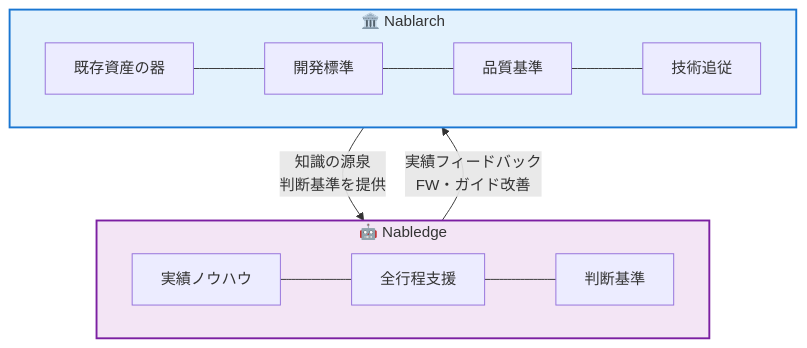
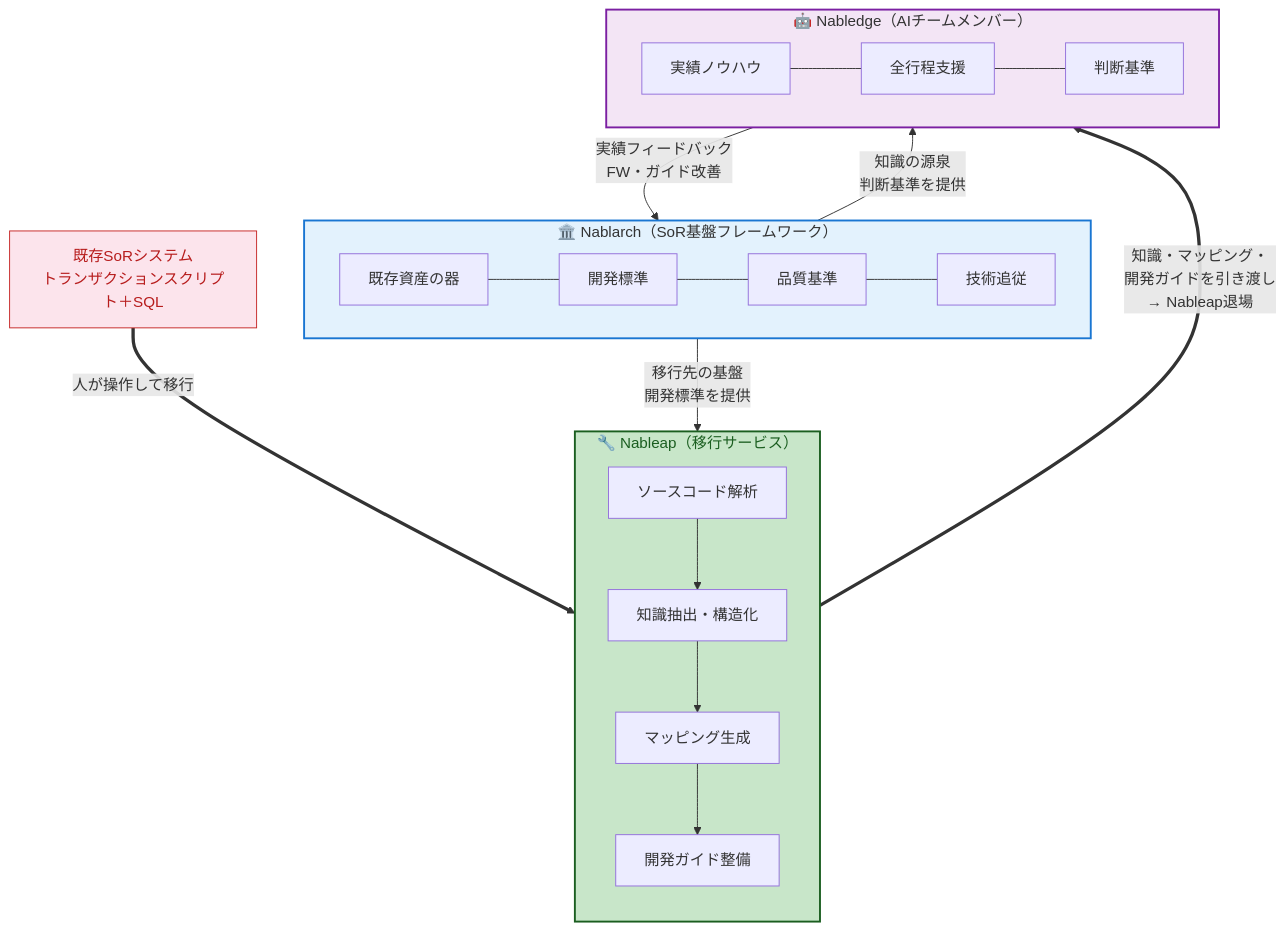
Before and after one commit to nablarch/nabledge-dev: the second of 2 diagrams in doc/grand-design/grand-design.md, drawn with Mermaid. The commit also changed other lines of this file, not shown here.

First line of the commit message:
Update Grand Design to v21 with Nableap + Nabledge

````diff
--- a/doc/grand-design/grand-design.md
+++ b/doc/grand-design/grand-design.md
@@ -96,16 +100,34 @@
 ```mermaid
 graph TB
-    subgraph Nabledge["🤖 Nabledge"]
-        D1["実績ノウハウ"] --- D2["全行程支援"] --- D3["判断基準"]
-    end
+  %% ===== 3プロダクト =====
+  subgraph Nablarch["🏛️ Nablarch（SoR基盤フレームワーク）"]
+    N1["既存資産の器"] --- N2["開発標準"] --- N3["品質基準"] --- N4["技術追従"]
+  end
 
-    subgraph Nablarch["🏛️ Nablarch"]
-        N1["既存資産の器"] --- N2["開発標準"] --- N3["品質基準"] --- N4["技術追従"]
-    end
+  subgraph Nableap["🔧 Nableap（移行サービス）"]
+    direction TB
+    L1["ソースコード解析"] --> L2["知識抽出・構造化"]
+    L2 --> L3["マッピング生成"]
+    L3 --> L4["開発ガイド整備"]
+  end
 
-    Nablarch -->|"知識の源泉<br/>判断基準を提供"| Nabledge
-    Nabledge -->|"実績フィードバック<br/>FW・ガイド改善"| Nablarch
+  subgraph Nabledge["🤖 Nabledge（AIチームメンバー）"]
+    D1["実績ノウハウ"] --- D2["全行程支援"] --- D3["判断基準"]
+  end
 
-    style Nablarch fill:#e3f2fd,stroke:#1976d2,stroke-width:2px
-    style Nabledge fill:#f3e5f5,stroke:#7b1fa2,stroke-width:2px
+  %% ===== 既存システム =====
+  LEGACY["既存SoRシステム<br/>トランザクションスクリプト＋SQL"]
+
+  %% ===== 関係 =====
+  LEGACY ==>|"人が操作して移行"| Nableap
+  Nableap ==>|"知識・マッピング・<br/>開発ガイドを引き渡し<br/>→ Nableap退場"| Nabledge
+  Nablarch -->|"知識の源泉<br/>判断基準を提供"| Nabledge
+  Nablarch -->|"移行先の基盤<br/>開発標準を提供"| Nableap
+  Nabledge -->|"実績フィードバック<br/>FW・ガイド改善"| Nablarch
+
+  %% ===== スタイル =====
+  style Nablarch fill:#e3f2fd,stroke:#1976d2,stroke-width:2px
+  style Nableap fill:#c8e6c9,stroke:#1b5e20,color:#1b5e20,stroke-width:2px
+  style Nabledge fill:#f3e5f5,stroke:#7b1fa2,stroke-width:2px
+  style LEGACY fill:#fce4ec,stroke:#c62828,color:#b71c1c
 ```
````
